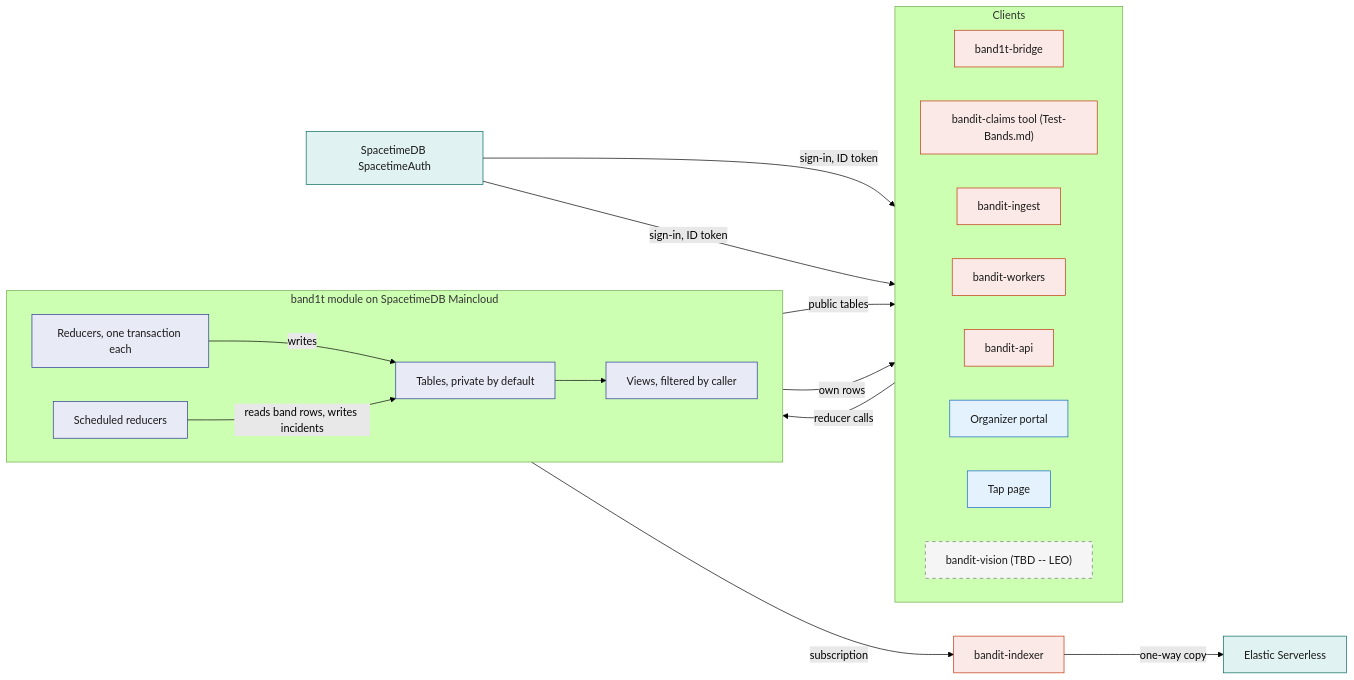
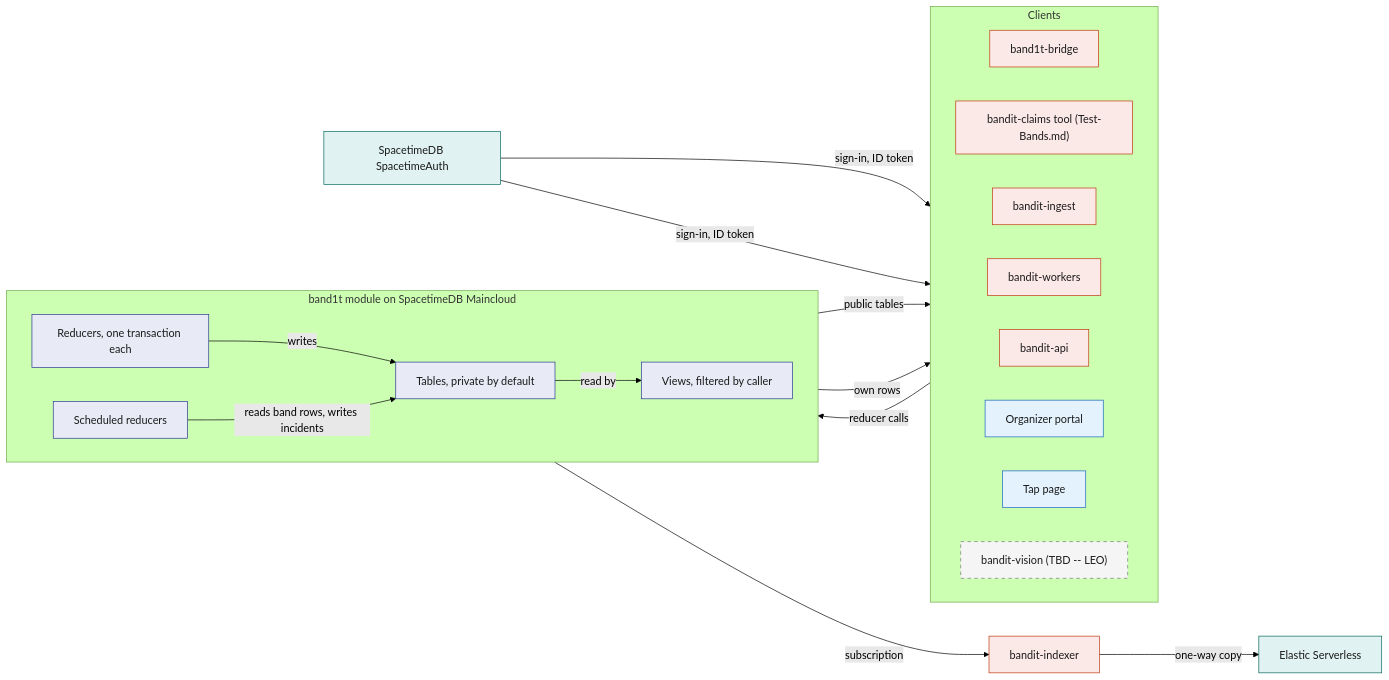
One commit to viktorinkov/cal-hacks-13 changed the first of 4 diagrams in System Design/2-data/SpacetimeDB.md. Above: the diagram before and after it, drawn with Mermaid (forest theme). The commit also changed other lines of this file and 5 other files, not shown here.

````diff
--- a/System Design/2-data/SpacetimeDB.md
+++ b/System Design/2-data/SpacetimeDB.md
@@ -73,44 +73,44 @@
 ```mermaid
 flowchart LR
   subgraph clients ["Clients"]
     direction LR
     BR["band1t-bridge"]
     SIM["bandit-claims tool (Test-Bands.md)"]
     ING["bandit-ingest"]
     WRK["bandit-workers"]
     API["bandit-api"]
     PORTAL["Organizer portal"]
     APP["Tap page"]
     VIS["bandit-vision (TBD -- LEO)"]
   end
   subgraph module ["band1t module on SpacetimeDB Maincloud"]
     direction LR
     RED["Reducers, one transaction each"]
     SCH["Scheduled reducers"]
     TAB["Tables, private by default"]
     VIEW["Views, filtered by caller"]
   end
   IDX["bandit-indexer"]
   EL["Elastic Serverless"]
   AUTH["SpacetimeDB SpacetimeAuth"]
   AUTH -->|"sign-in, ID token"| PORTAL
   AUTH -->|"sign-in, ID token"| APP
   clients -->|"reducer calls"| RED
   RED -->|"writes"| TAB
   SCH -->|"reads band rows, writes incidents"| TAB
-  TAB --> VIEW
+  TAB -->|"read by"| VIEW
   TAB -->|"public tables"| clients
   VIEW -->|"own rows"| clients
   TAB -->|"subscription"| IDX
   IDX -->|"one-way copy"| EL
   classDef rust fill:#FBE9E7,stroke:#BF360C,color:#1A1A1A
   classDef stdb fill:#E8EAF6,stroke:#283593,color:#1A1A1A
   classDef web fill:#E3F2FD,stroke:#1565C0,color:#1A1A1A
   classDef ext fill:#E0F2F1,stroke:#00695C,color:#1A1A1A
   classDef tbd fill:#F5F5F5,stroke:#757575,color:#1A1A1A,stroke-dasharray:5 5
   class BR,SIM,ING,WRK,API,IDX rust
   class RED,SCH,TAB,VIEW stdb
   class PORTAL,APP web
   class EL,AUTH ext
   class VIS tbd
 ```
````
